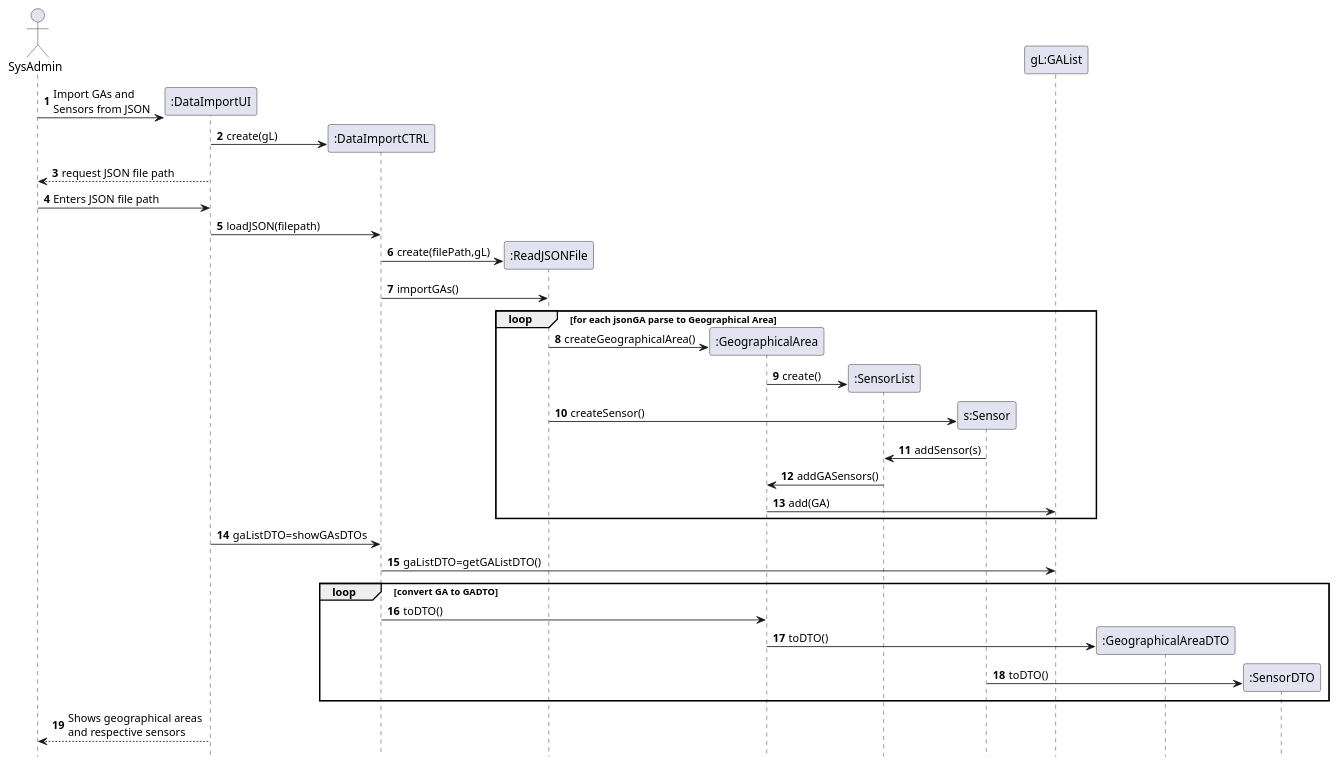
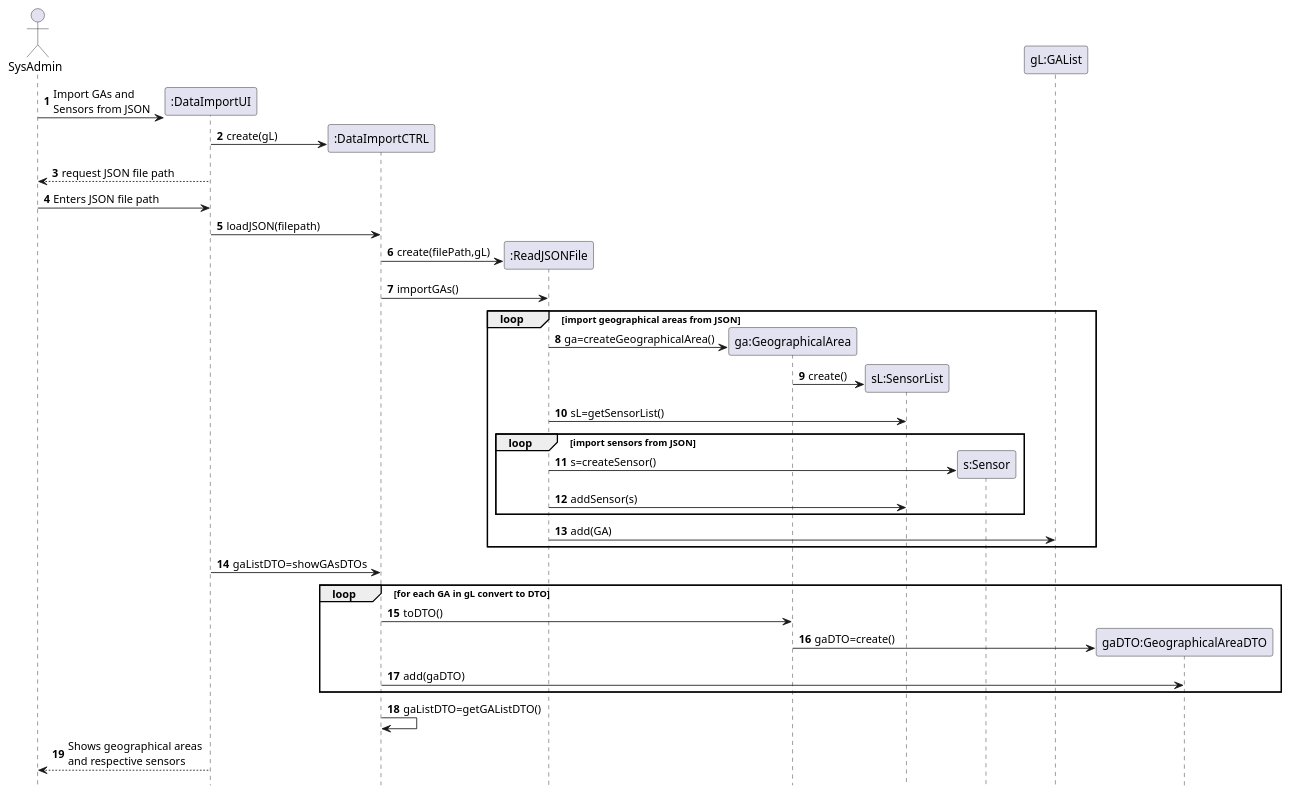
The diagram in src/main/java/smarthome/controller/sequenceDiagrams/sd_ImportGAsAndSensors.puml (emanuel-pereira/hou), drawn with PlantUML before and after one commit.

Commit message:
Updated sequence diagram

```diff
--- a/src/main/java/smarthome/controller/sequenceDiagrams/sd_ImportGAsAndSensors.puml
+++ b/src/main/java/smarthome/controller/sequenceDiagrams/sd_ImportGAsAndSensors.puml
@@ -1,39 +1,40 @@
 @startuml
 autonumber
 hidefootbox
 actor SysAdmin
 create ":DataImportUI"
 SysAdmin -> ":DataImportUI": Import GAs and \nSensors from JSON
 create ":DataImportCTRL"
 ":DataImportUI" -> ":DataImportCTRL": create(gL)
 SysAdmin <-- ":DataImportUI": request JSON file path
 SysAdmin -> ":DataImportUI": Enters JSON file path
 ":DataImportUI" -> ":DataImportCTRL": loadJSON(filepath)
 create ":ReadJSONFile"
 ":DataImportCTRL"->":ReadJSONFile": create(filePath,gL)
 ":DataImportCTRL" -> ":ReadJSONFile": importGAs()
-loop for each jsonGA parse to Geographical Area
-create ":GeographicalArea"
+loop import geographical areas from JSON
+create "ga:GeographicalArea"
 
-":ReadJSONFile" -> ":GeographicalArea": createGeographicalArea()
-create ":SensorList"
-":GeographicalArea" -> ":SensorList": create()
+":ReadJSONFile" -> "ga:GeographicalArea": ga=createGeographicalArea()
+create "sL:SensorList"
+"ga:GeographicalArea" -> "sL:SensorList": create()
+":ReadJSONFile"->"sL:SensorList": sL=getSensorList()
+loop import sensors from JSON
 create "s:Sensor"
-	     ":ReadJSONFile" ->"s:Sensor": createSensor()
-	    "s:Sensor"->":SensorList": addSensor(s)
-	    ":SensorList"->":GeographicalArea":addGASensors()
-	    ":GeographicalArea"->"gL:GAList": add(GA)
+":ReadJSONFile"->"s:Sensor":s=createSensor()
+":ReadJSONFile"->"sL:SensorList": addSensor(s)
+end
+":ReadJSONFile"->"gL:GAList": add(GA)
 end
 ":DataImportCTRL"<-":DataImportUI":gaListDTO=showGAsDTOs
-":DataImportCTRL"->"gL:GAList": gaListDTO=getGAListDTO()
-loop convert GA to GADTO
-":DataImportCTRL"->":GeographicalArea": toDTO()
-create ":GeographicalAreaDTO"
-":GeographicalArea"->":GeographicalAreaDTO": toDTO()
-create ":SensorDTO"
-"s:Sensor"->":SensorDTO": toDTO()
+loop for each GA in gL convert to DTO
+":DataImportCTRL"->"ga:GeographicalArea": toDTO()
+create "gaDTO:GeographicalAreaDTO"
+"ga:GeographicalArea"->"gaDTO:GeographicalAreaDTO": gaDTO=create()
+":DataImportCTRL"->"gaDTO:GeographicalAreaDTO": add(gaDTO)
+end
+":DataImportCTRL"->":DataImportCTRL": gaListDTO=getGAListDTO()
 
-end
 
 SysAdmin<--":DataImportUI": Shows geographical areas \nand respective sensors
 @enduml
```
